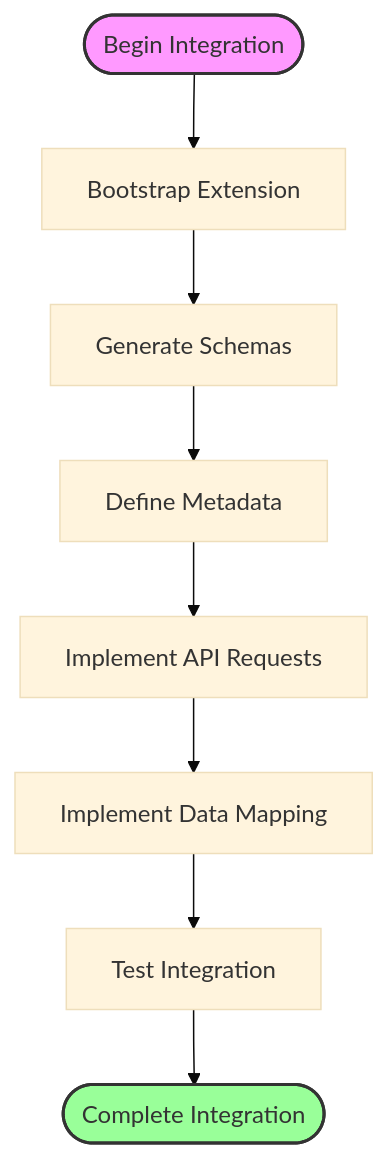
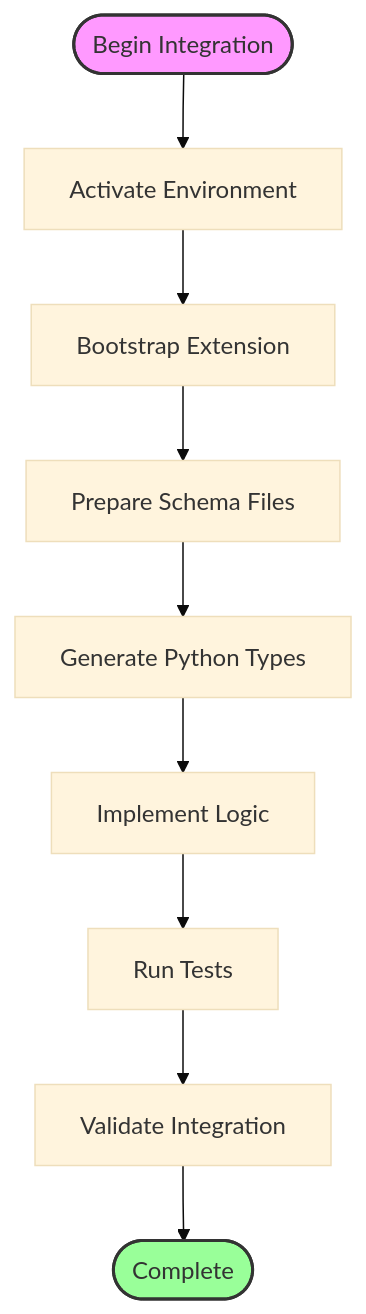
The first of 2 diagrams in apps/web/src/app/docs/developing/carrier-integration/page.mdx (karrioapi/karrio), drawn with Mermaid (base theme) before and after one commit. The commit also changed other lines of this file and 31 other files, not shown here.

````diff
--- a/apps/web/src/app/docs/developing/carrier-integration/page.mdx
+++ b/apps/web/src/app/docs/developing/carrier-integration/page.mdx
@@ -24,13 +24,14 @@
 ```mermaid
 flowchart TD
-    Start([Begin Integration]) --> Bootstrap[Bootstrap Extension]
-    Bootstrap --> Schemas[Generate Schemas]
-    Schemas --> Metadata[Define Metadata]
-    Metadata --> API[Implement API Requests]
-    API --> Mapping[Implement Data Mapping]
-    Mapping --> Testing[Test Integration]
-    Testing --> End([Complete Integration])
+    Start([Begin Integration]) --> Env[Activate Environment]
+    Env --> Bootstrap[Bootstrap Extension]
+    Bootstrap --> Schemas[Prepare Schema Files]
+    Schemas --> Generate[Generate Python Types]
+    Generate --> Implement[Implement Logic]
+    Implement --> Test[Run Tests]
+    Test --> Validate[Validate Integration]
+    Validate --> End([Complete])
 
     style Start fill:#f9f,stroke:#333,stroke-width:2px
     style End fill:#9f9,stroke:#333,stroke-width:2px
 ```
````
